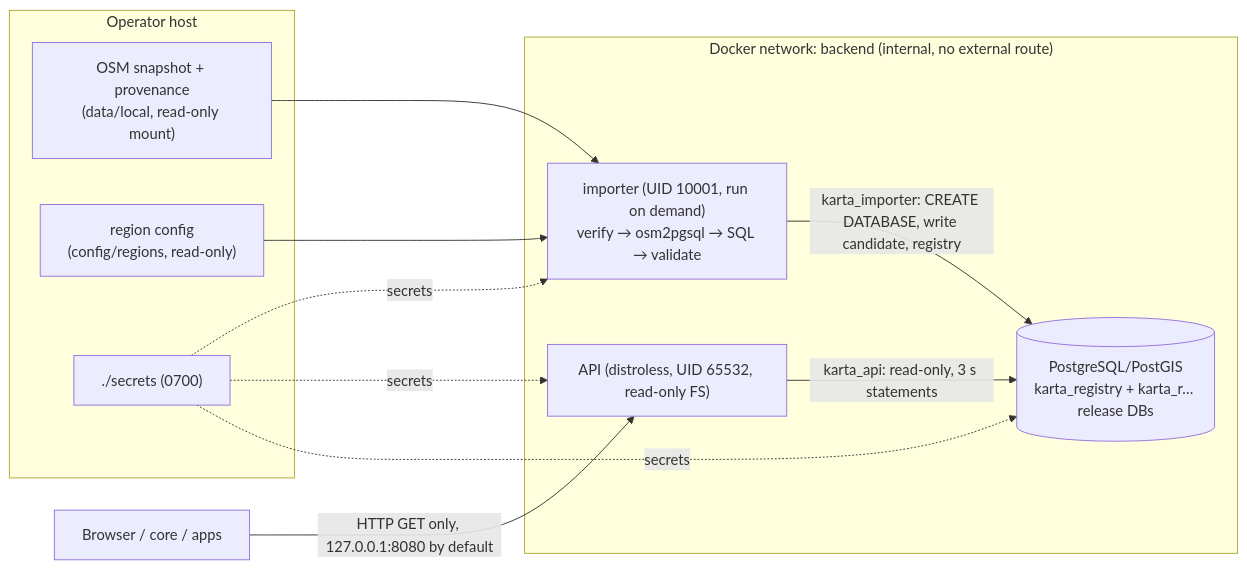
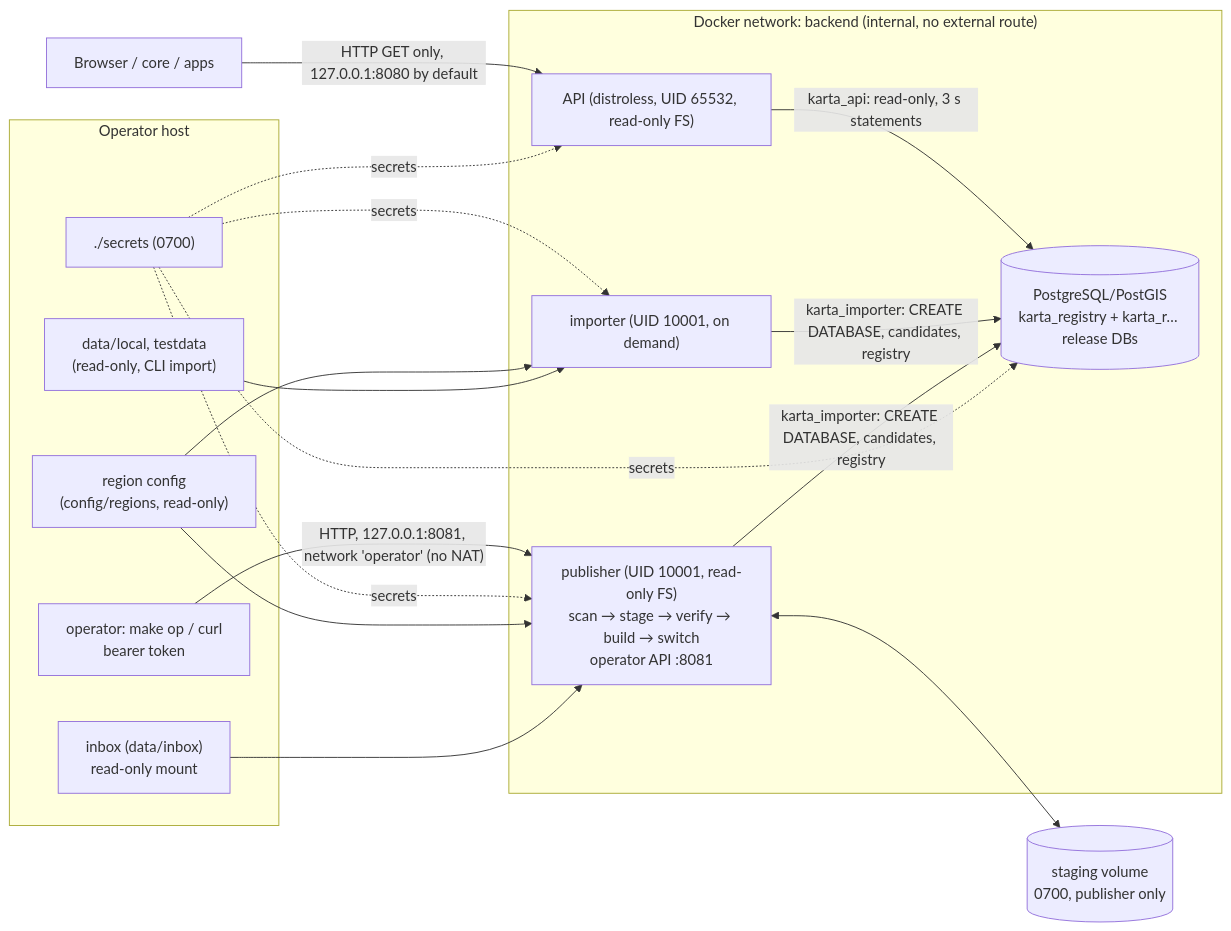
One commit to pouriya-sedaghat/karta changed the diagram in docs/security.md. Above: the diagram before and after it, drawn with Mermaid. The commit also changed other lines of this file and 67 other files, not shown here.

````diff
--- a/docs/security.md
+++ b/docs/security.md
@@ -3,20 +3,27 @@
 ```mermaid
 flowchart LR
     subgraph Operator host
-        PBF["OSM snapshot + provenance<br/>(data/local, read-only mount)"]
+        INBOX["inbox (data/inbox)<br/>read-only mount"]
+        PBF["data/local, testdata<br/>(read-only, CLI import)"]
         CFG["region config<br/>(config/regions, read-only)"]
         SEC["./secrets (0700)"]
+        OPR["operator: make op / curl<br/>bearer token"]
     end
     subgraph "Docker network: backend (internal, no external route)"
-        IMP["importer (UID 10001, run on demand)<br/>verify → osm2pgsql → SQL → validate"]
+        PUB["publisher (UID 10001, read-only FS)<br/>scan → stage → verify → build → switch<br/>operator API :8081"]
+        IMP["importer (UID 10001, on demand)"]
         DB[("PostgreSQL/PostGIS<br/>karta_registry + karta_r… release DBs")]
         API["API (distroless, UID 65532, read-only FS)"]
     end
+    STG[("staging volume<br/>0700, publisher only")]
     Client["Browser / core / apps"]
+    INBOX --> PUB
+    PUB <--> STG
     PBF --> IMP
-    CFG --> IMP
-    SEC -. secrets .-> IMP & API & DB
-    IMP -- "karta_importer: CREATE DATABASE, write candidate, registry" --> DB
+    CFG --> PUB & IMP
+    SEC -. secrets .-> PUB & IMP & API & DB
+    OPR -- "HTTP, 127.0.0.1:8081, network 'operator' (no NAT)" --> PUB
+    PUB & IMP -- "karta_importer: CREATE DATABASE, candidates, registry" --> DB
     API -- "karta_api: read-only, 3 s statements" --> DB
     Client -- "HTTP GET only, 127.0.0.1:8080 by default" --> API
 ```
````
